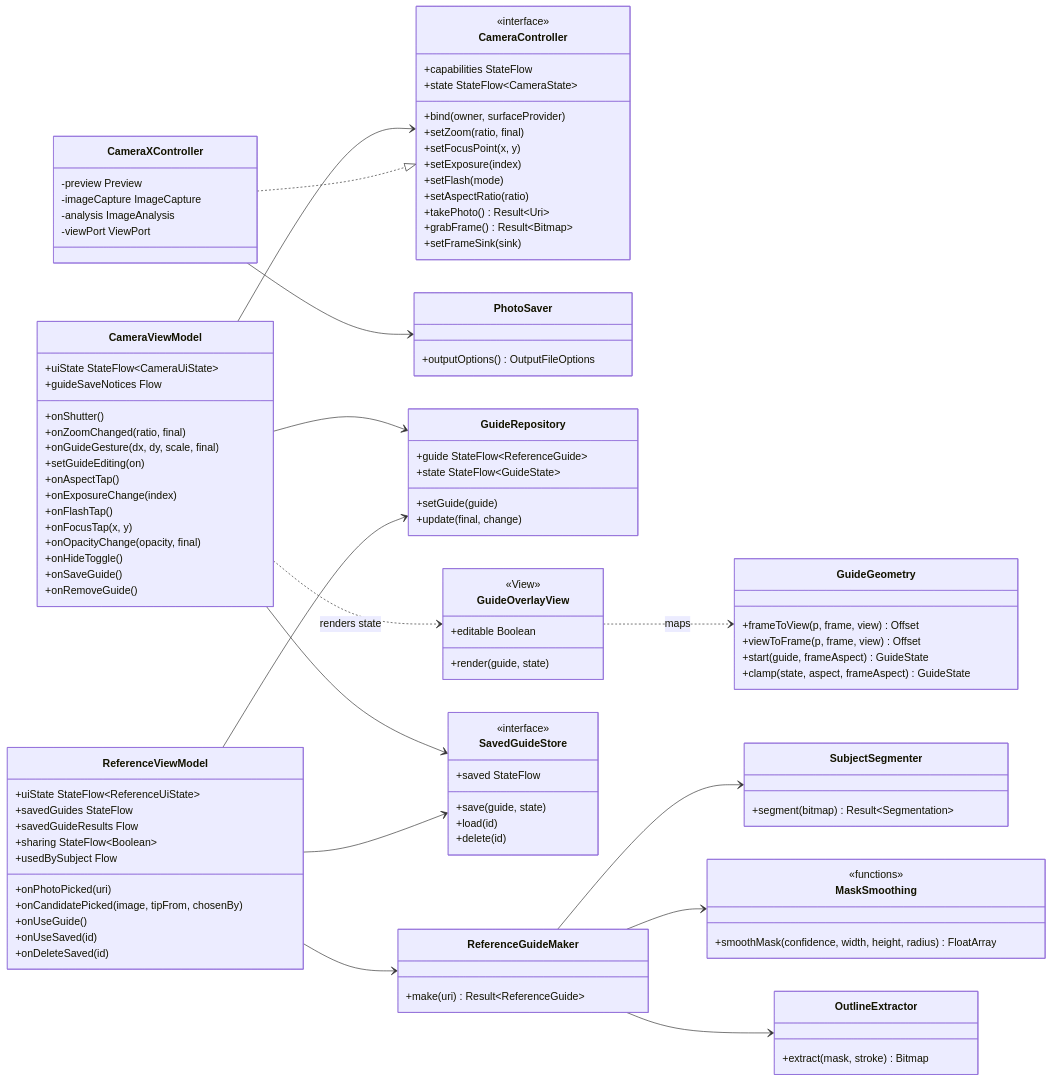
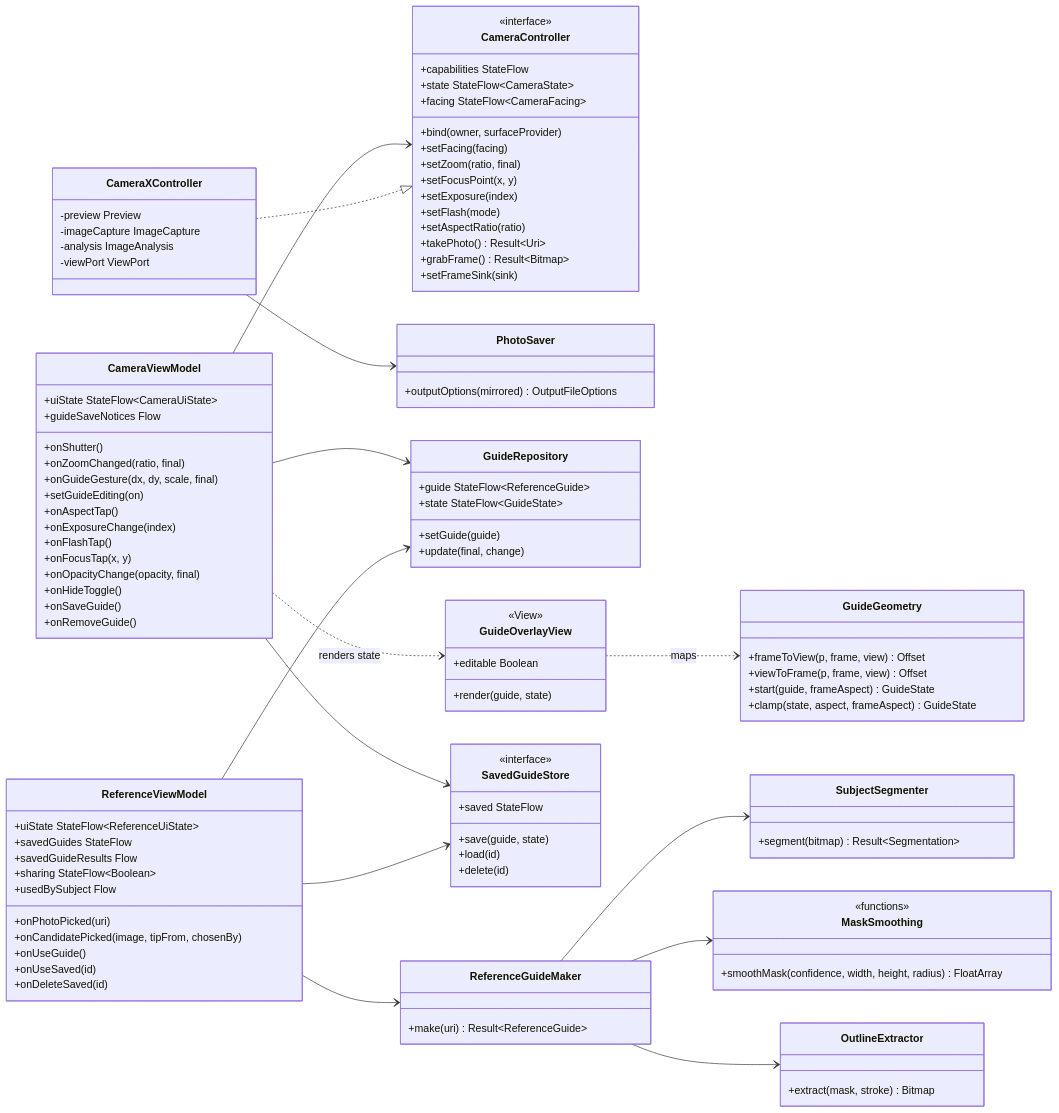
The sixth of 12 diagrams in wiki/Design-Documentation.md (snuhcs-course/swpp-2026-project-team-10), drawn with Mermaid before and after one commit. The commit also changed other lines of this file and 59 other files, not shown here.

```diff
--- a/wiki/Design-Documentation.md
+++ b/wiki/Design-Documentation.md
@@ -520,7 +526,9 @@
     <<interface>>
     +capabilities StateFlow
     +state StateFlow~CameraState~
+    +facing StateFlow~CameraFacing~
     +bind(owner, surfaceProvider)
+    +setFacing(facing)
     +setZoom(ratio, final)
     +setFocusPoint(x, y)
     +setExposure(index)
@@ -537,7 +545,7 @@
     -viewPort ViewPort
   }
   class PhotoSaver {
-    +outputOptions() OutputFileOptions
+    +outputOptions(mirrored) OutputFileOptions
   }
   class GuideRepository {
     +guide StateFlow~ReferenceGuide~
```
